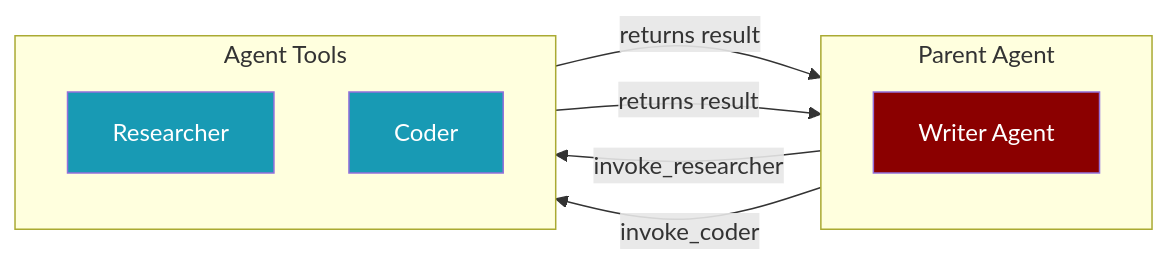
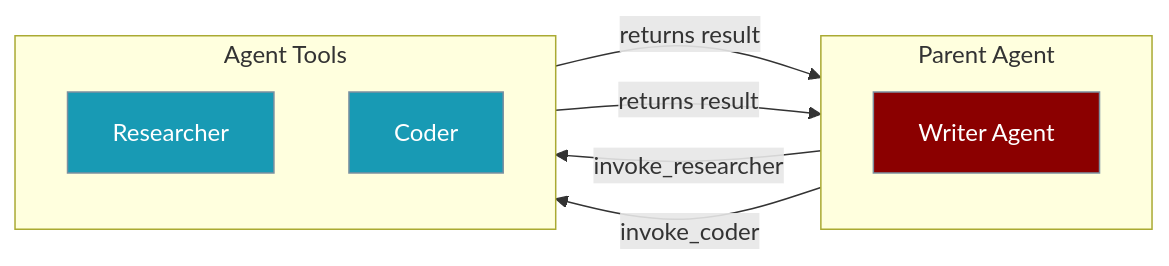
One commit to MervinPraison/PraisonAIDocs changed the first of 3 diagrams in docs/features/agent-as-tool.mdx. Above: the diagram before and after it, drawn with Mermaid. The commit also changed other lines of this file and 11 other files, not shown here.

First line of the commit message:
docs: Phase 0+1 compliance fixes — frontmatter, Steps, sequenceDiagram, graph LR (fixes #1513)

````diff
--- a/docs/features/agent-as-tool.mdx
+++ b/docs/features/agent-as-tool.mdx
@@ -32,24 +32,24 @@
 ```mermaid
-flowchart LR
+graph LR
     subgraph Parent["Parent Agent"]
         direction TB
         P[Writer Agent]
     end
     
     subgraph Tools["Agent Tools"]
         direction TB
         R[Researcher]
         C[Coder]
     end
     
     P -->|"invoke_researcher"| R
     P -->|"invoke_coder"| C
     R -->|"returns result"| P
     C -->|"returns result"| P
     
-    classDef agent fill:#8B0000,color:#fff
-    classDef tool fill:#189AB4,color:#fff
+    classDef agent fill:#8B0000,stroke:#7C90A0,color:#fff
+    classDef tool fill:#189AB4,stroke:#7C90A0,color:#fff
 
     class P agent
     class R,C tool
 ```
````
